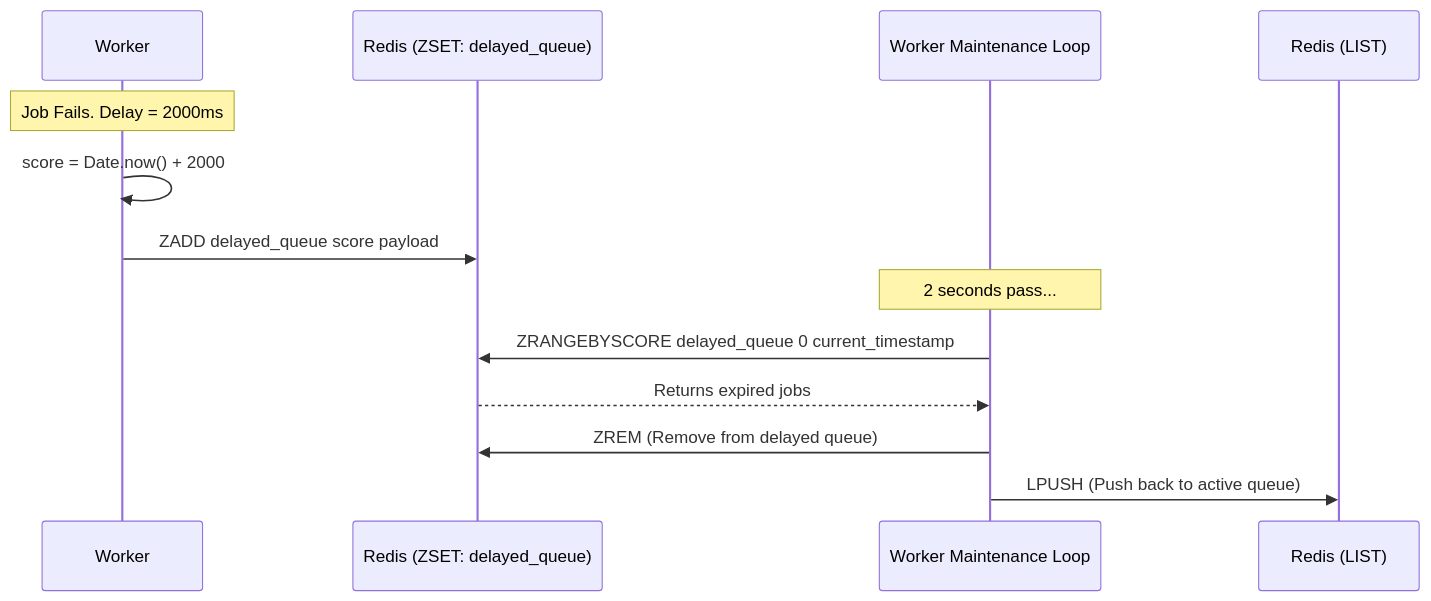
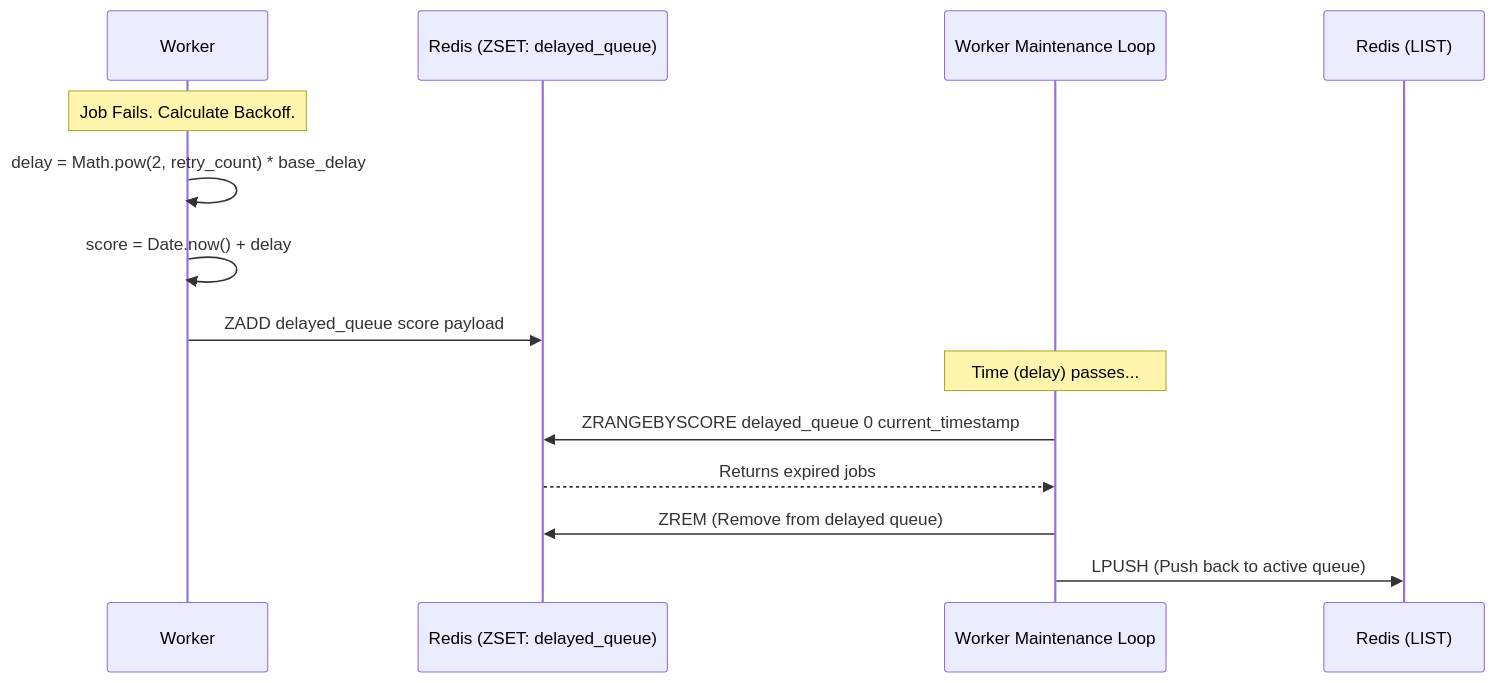
One commit to Aryns293/QueueFlow-prep changed the sixth of 9 diagrams in flow/1. End-To-End-Architecture-Flow.md. Above: the diagram before and after it, drawn with Mermaid.

Commit message:
Update Exponential Backoff diagram to show exact math formula

````diff
--- a/flow/1. End-To-End-Architecture-Flow.md
+++ b/flow/1. End-To-End-Architecture-Flow.md
@@ -257,19 +257,20 @@
 ```mermaid
 sequenceDiagram
     participant Worker as Worker
     participant ZSET as Redis (ZSET: delayed_queue)
     participant Cron as Worker Maintenance Loop
     participant Queue as Redis (LIST)
 
-    Note over Worker: Job Fails. Delay = 2000ms
-    Worker->>Worker: score = Date.now() + 2000
+    Note over Worker: Job Fails. Calculate Backoff.
+    Worker->>Worker: delay = Math.pow(2, retry_count) * base_delay
+    Worker->>Worker: score = Date.now() + delay
     Worker->>ZSET: ZADD delayed_queue score payload
     
-    Note over Cron: 2 seconds pass...
+    Note over Cron: Time (delay) passes...
     
     Cron->>ZSET: ZRANGEBYSCORE delayed_queue 0 current_timestamp
     ZSET-->>Cron: Returns expired jobs
     
     Cron->>ZSET: ZREM (Remove from delayed queue)
     Cron->>Queue: LPUSH (Push back to active queue)
 ```
````
